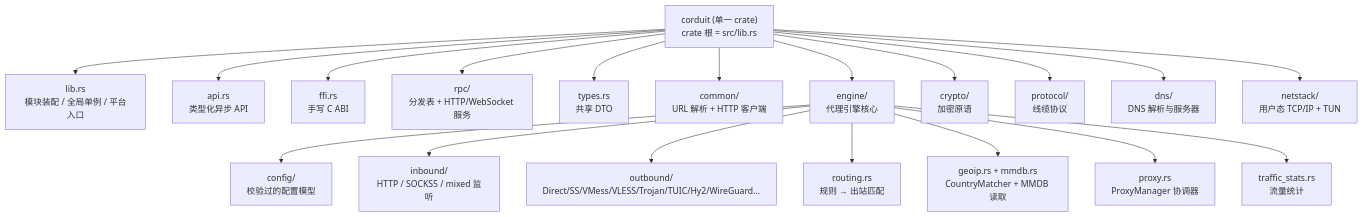
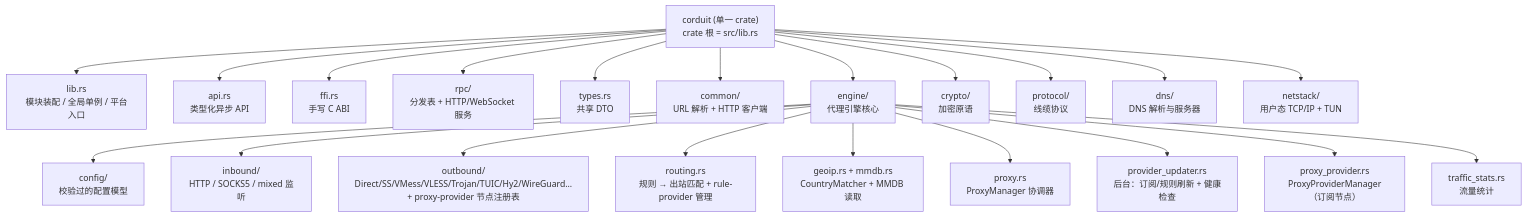
The first of 6 diagrams in wiki/Architecture.md (blueokanna/Corduit), drawn with Mermaid before and after one commit. The commit also changed other lines of this file and 12 other files, not shown here.

Commit message:
Add proxy providers with background refresh and provider registry sync

````diff
--- a/wiki/Architecture.md
+++ b/wiki/Architecture.md
@@ -7,24 +7,26 @@
 ```mermaid
 flowchart TB
     ROOT["corduit (单一 crate)<br/>crate 根 = src/lib.rs"]
 
     ROOT --> LIB["lib.rs<br/>模块装配 / 全局单例 / 平台入口"]
     ROOT --> API["api.rs<br/>类型化异步 API"]
     ROOT --> FFI["ffi.rs<br/>手写 C ABI"]
     ROOT --> RPC["rpc/<br/>分发表 + HTTP/WebSocket 服务"]
     ROOT --> TYPES["types.rs<br/>共享 DTO"]
     ROOT --> COMMON["common/<br/>URL 解析 + HTTP 客户端"]
     ROOT --> ENGINE["engine/<br/>代理引擎核心"]
     ROOT --> CRYPTO["crypto/<br/>加密原语"]
     ROOT --> PROTOCOL["protocol/<br/>线缆协议"]
     ROOT --> DNS["dns/<br/>DNS 解析与服务器"]
     ROOT --> NETSTACK["netstack/<br/>用户态 TCP/IP + TUN"]
 
     ENGINE --> EC["config/<br/>校验过的配置模型"]
     ENGINE --> EI["inbound/<br/>HTTP / SOCKS5 / mixed 监听"]
-    ENGINE --> EO["outbound/<br/>Direct/SS/VMess/VLESS/Trojan/TUIC/Hy2/WireGuard..."]
-    ENGINE --> ER["routing.rs<br/>规则 → 出站匹配"]
+    ENGINE --> EO["outbound/<br/>Direct/SS/VMess/VLESS/Trojan/TUIC/Hy2/WireGuard...<br/>+ proxy-provider 节点注册表"]
+    ENGINE --> ER["routing.rs<br/>规则 → 出站匹配 + rule-provider 管理"]
     ENGINE --> EG["geoip.rs + mmdb.rs<br/>CountryMatcher + MMDB 读取"]
     ENGINE --> EP["proxy.rs<br/>ProxyManager 协调器"]
+    ENGINE --> EU["provider_updater.rs<br/>后台：订阅/规则刷新 + 健康检查"]
+    ENGINE --> EPP["proxy_provider.rs<br/>ProxyProviderManager（订阅节点）"]
     ENGINE --> ET["traffic_stats.rs<br/>流量统计"]
 ```
````
